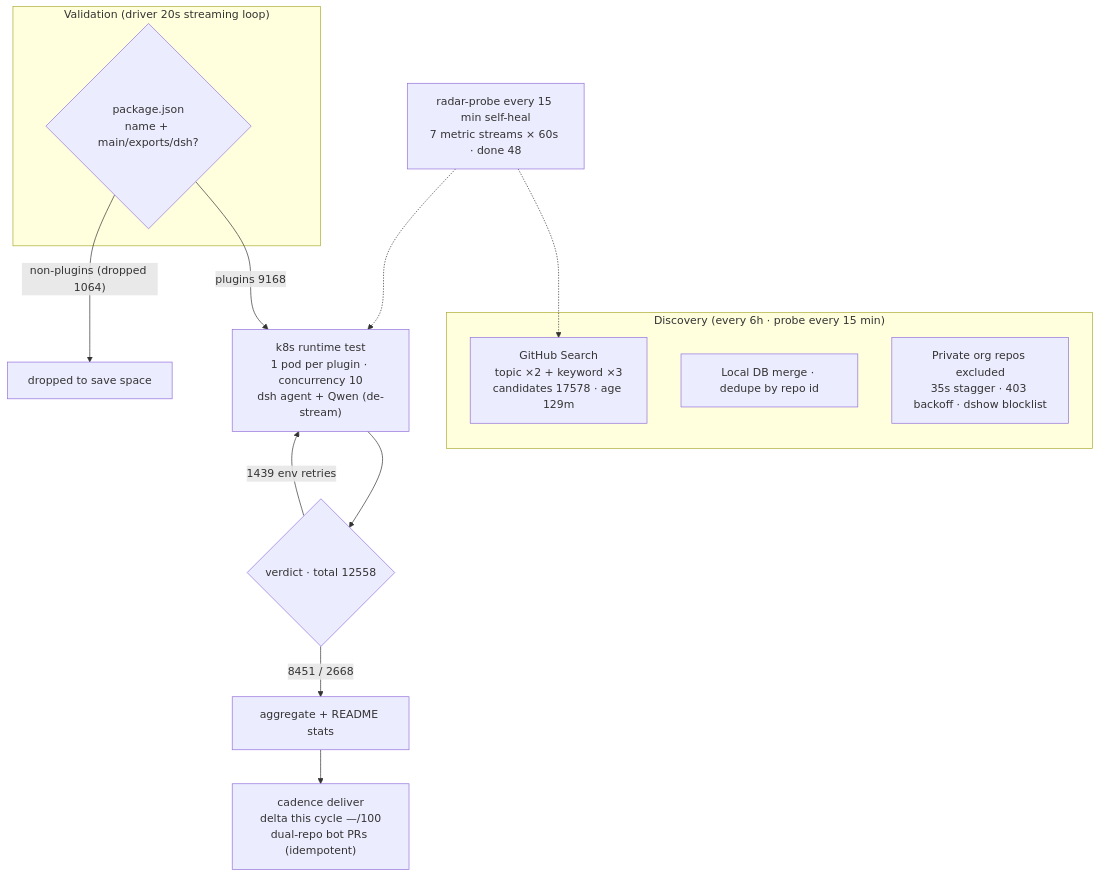
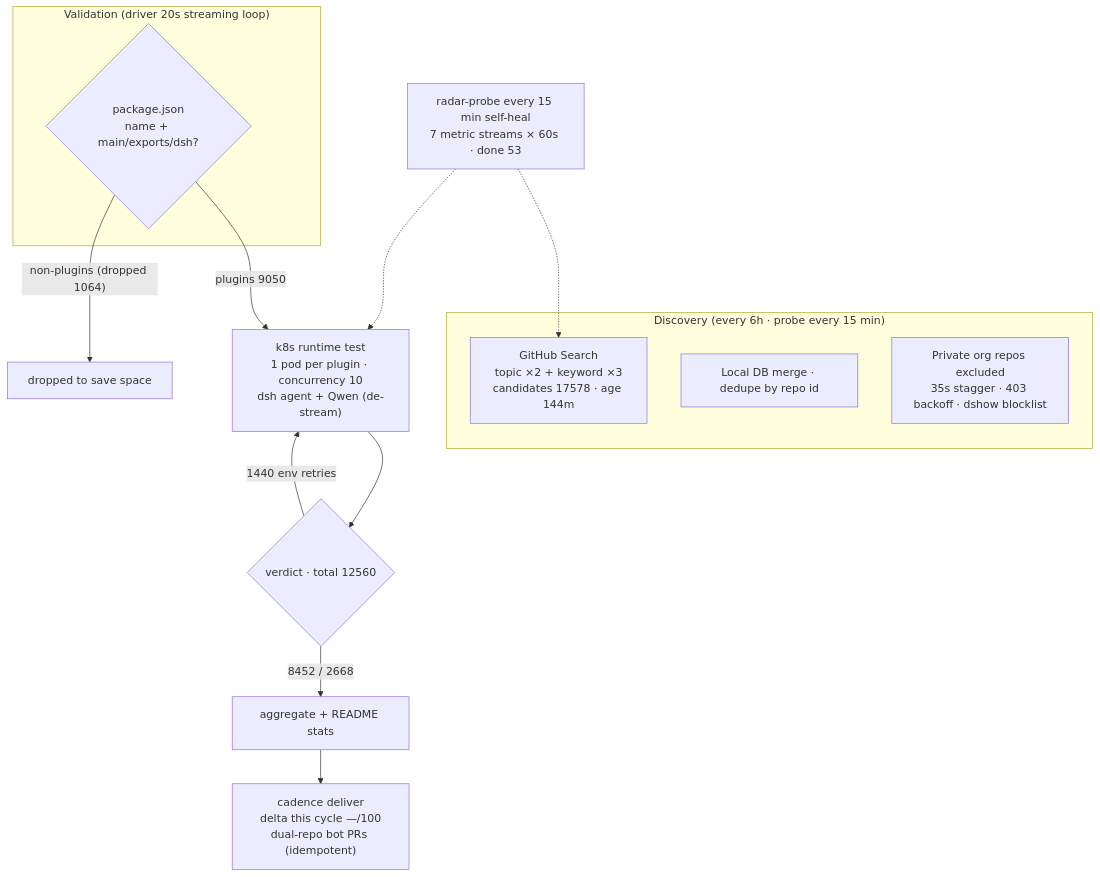
One commit to AdamPlatin123/awesome-dsh-plugins changed the diagram in README.en-US.md. Above: the diagram before and after it, drawn with Mermaid. The commit also changed other lines of this file and 5 other files, not shown here.

````diff
--- a/README.en-US.md
+++ b/README.en-US.md
@@ -45,20 +45,20 @@
 ```mermaid
 flowchart TB
     subgraph Discovery["Discovery (every 6h · probe every 15 min)"]
-        A1["GitHub Search<br/>topic ×2 + keyword ×3<br/>candidates 17578 · age 129m"]
+        A1["GitHub Search<br/>topic ×2 + keyword ×3<br/>candidates 17578 · age 144m"]
         A2["Local DB merge · dedupe by repo id"]
         A3["Private org repos excluded<br/>35s stagger · 403 backoff · dshow blocklist"]
     end
     subgraph Validation["Validation (driver 20s streaming loop)"]
         B1{"package.json<br/>name + main/exports/dsh?"}
     end
-    B1 -->|"plugins 9168"| C1["k8s runtime test<br/>1 pod per plugin · concurrency 10<br/>dsh agent + Qwen (de-stream)"]
+    B1 -->|"plugins 9050"| C1["k8s runtime test<br/>1 pod per plugin · concurrency 10<br/>dsh agent + Qwen (de-stream)"]
     B1 -->|"non-plugins (dropped 1064)"| B3["dropped to save space"]
-    C1 --> D1{"verdict · total 12558"}
-    D1 -->|"8451 / 2668"| E1["aggregate + README stats"]
-    D1 -->|"1439 env retries"| C1
+    C1 --> D1{"verdict · total 12560"}
+    D1 -->|"8452 / 2668"| E1["aggregate + README stats"]
+    D1 -->|"1440 env retries"| C1
     E1 --> E2["cadence deliver<br/>delta this cycle —/100<br/>dual-repo bot PRs (idempotent)"]
-    M["radar-probe every 15 min self-heal<br/>7 metric streams × 60s · done 48"]
+    M["radar-probe every 15 min self-heal<br/>7 metric streams × 60s · done 53"]
     M -.-> A1
     M -.-> C1
 ```
````
